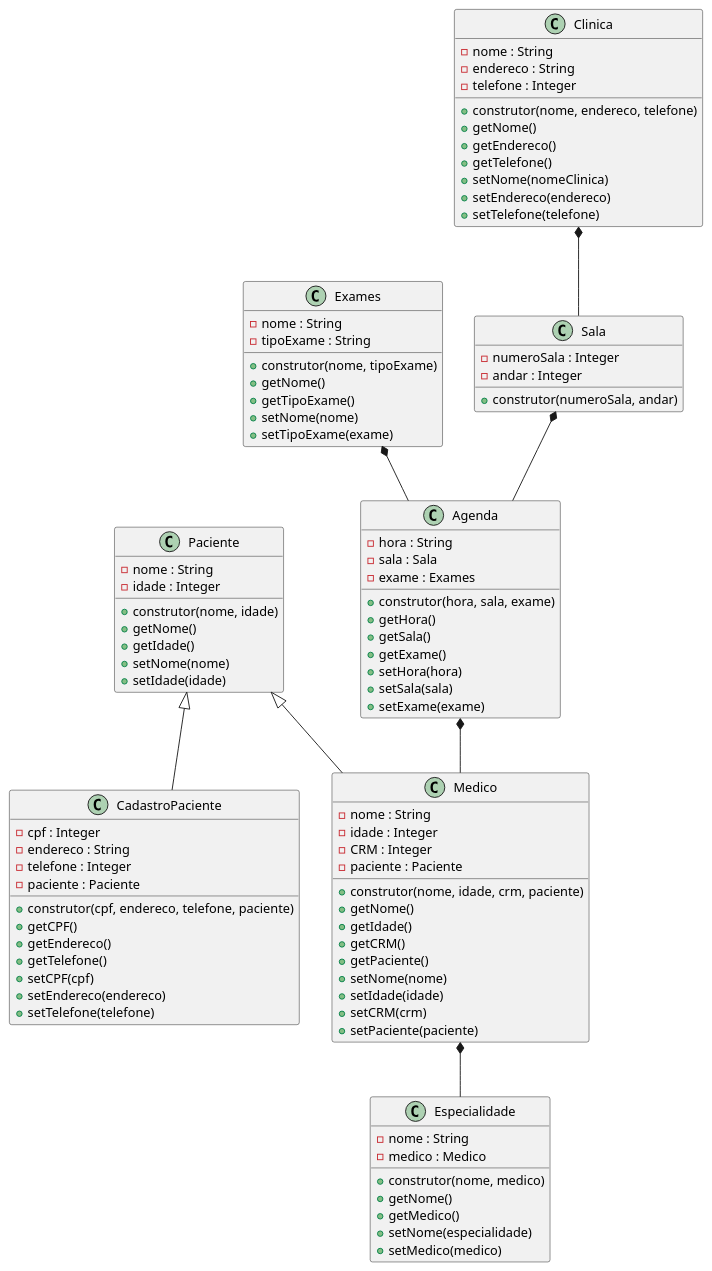
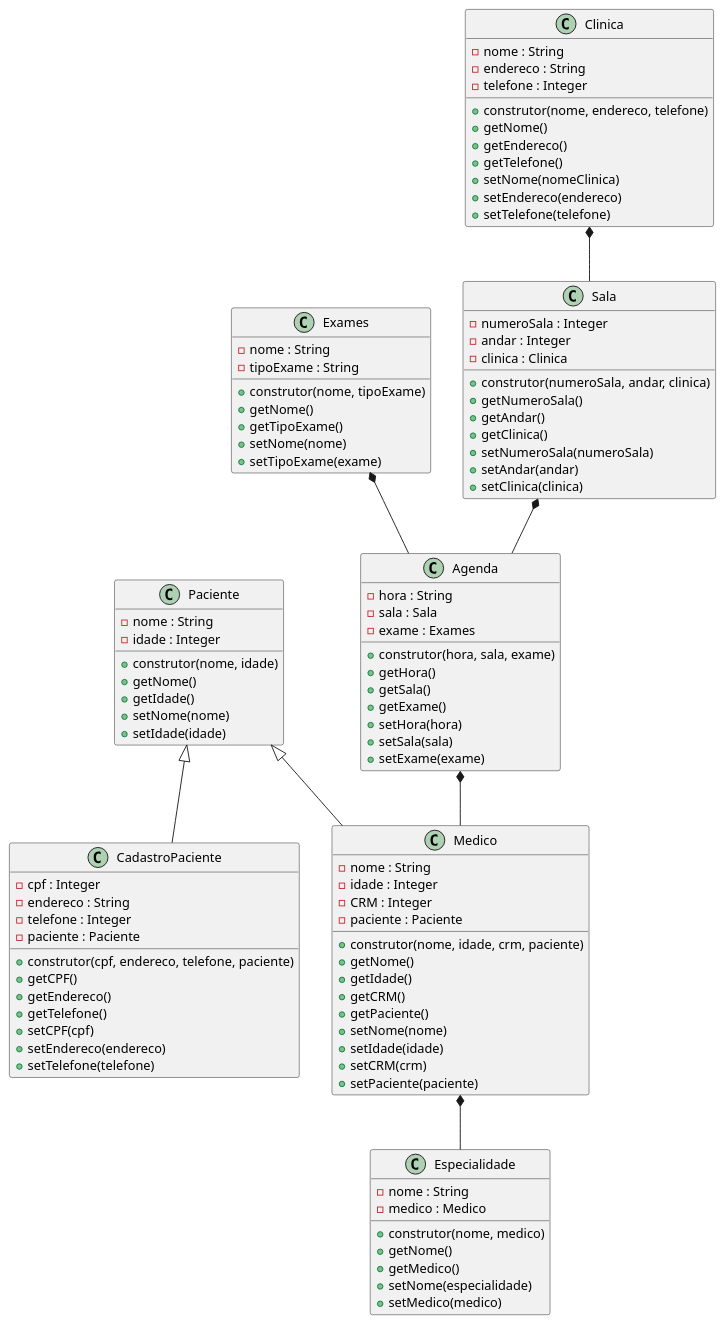
One commit to anleaes/2022-1-N2-POO-03 changed the diagram in diagrama.plantuml. Above: the diagram before and after it, drawn with PlantUML.

Commit message:
criado gets e sets na classe sala

```diff
--- a/diagrama.plantuml
+++ b/diagrama.plantuml
@@ -1,103 +1,110 @@
 @startuml Gerenciamento de Exames Medicos
 
     class Agenda{
         - hora : String
         - sala : Sala
         - exame : Exames
         + construtor(hora, sala, exame)
         + getHora()
         + getSala()
         + getExame()
         + setHora(hora)
         + setSala(sala)
         + setExame(exame)
     }
 
     class Paciente{
         - nome : String
         - idade : Integer
         + construtor(nome, idade)
         + getNome()
         + getIdade()
         + setNome(nome)
         + setIdade(idade)
     }
 
     class CadastroPaciente{
         - cpf : Integer
         - endereco : String
         - telefone : Integer
         - paciente : Paciente
         + construtor(cpf, endereco, telefone, paciente)
         + getCPF()
         + getEndereco()
         + getTelefone()
         + setCPF(cpf)
         + setEndereco(endereco)
         + setTelefone(telefone)
     }
 
     class Medico{
         - nome : String
         - idade : Integer
         - CRM : Integer
         - paciente : Paciente
         + construtor(nome, idade, crm, paciente)
         + getNome()
         + getIdade()
         + getCRM()
         + getPaciente()
         + setNome(nome)
         + setIdade(idade)
         + setCRM(crm)
         + setPaciente(paciente)
     }
 
     class Exames{
         - nome : String
         - tipoExame : String
         + construtor(nome, tipoExame)
         + getNome()
         + getTipoExame()
         + setNome(nome)
         + setTipoExame(exame)
     }
 
     class Especialidade{
         - nome : String
         - medico : Medico
         + construtor(nome, medico)
         + getNome()
         + getMedico()
         + setNome(especialidade)
         + setMedico(medico)
     }
 
     class Clinica{
         - nome : String
         - endereco : String
         - telefone : Integer
         + construtor(nome, endereco, telefone)
         + getNome()
         + getEndereco()
         + getTelefone()
         + setNome(nomeClinica)
         + setEndereco(endereco)
         + setTelefone(telefone)
     }
 
     class Sala{
         - numeroSala : Integer
         - andar : Integer
-        + construtor(numeroSala, andar)
+        - clinica : Clinica
+        + construtor(numeroSala, andar, clinica)
+        + getNumeroSala()
+        + getAndar()
+        + getClinica()
+        + setNumeroSala(numeroSala)
+        + setAndar(andar)
+        + setClinica(clinica)
     }
 
     Paciente <|-- CadastroPaciente
     Paciente <|-- Medico
     Medico *-- Especialidade
     Exames *-- Agenda
     Sala *-- Agenda
     Agenda *-- Medico
     Clinica *-- Sala
 
 @enduml
```
